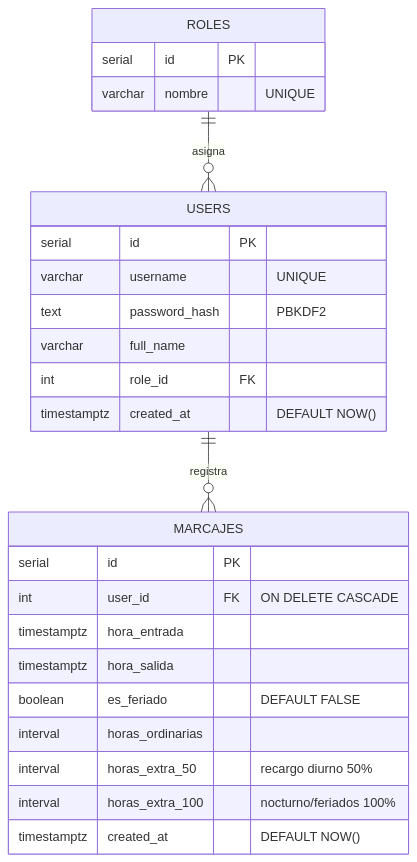
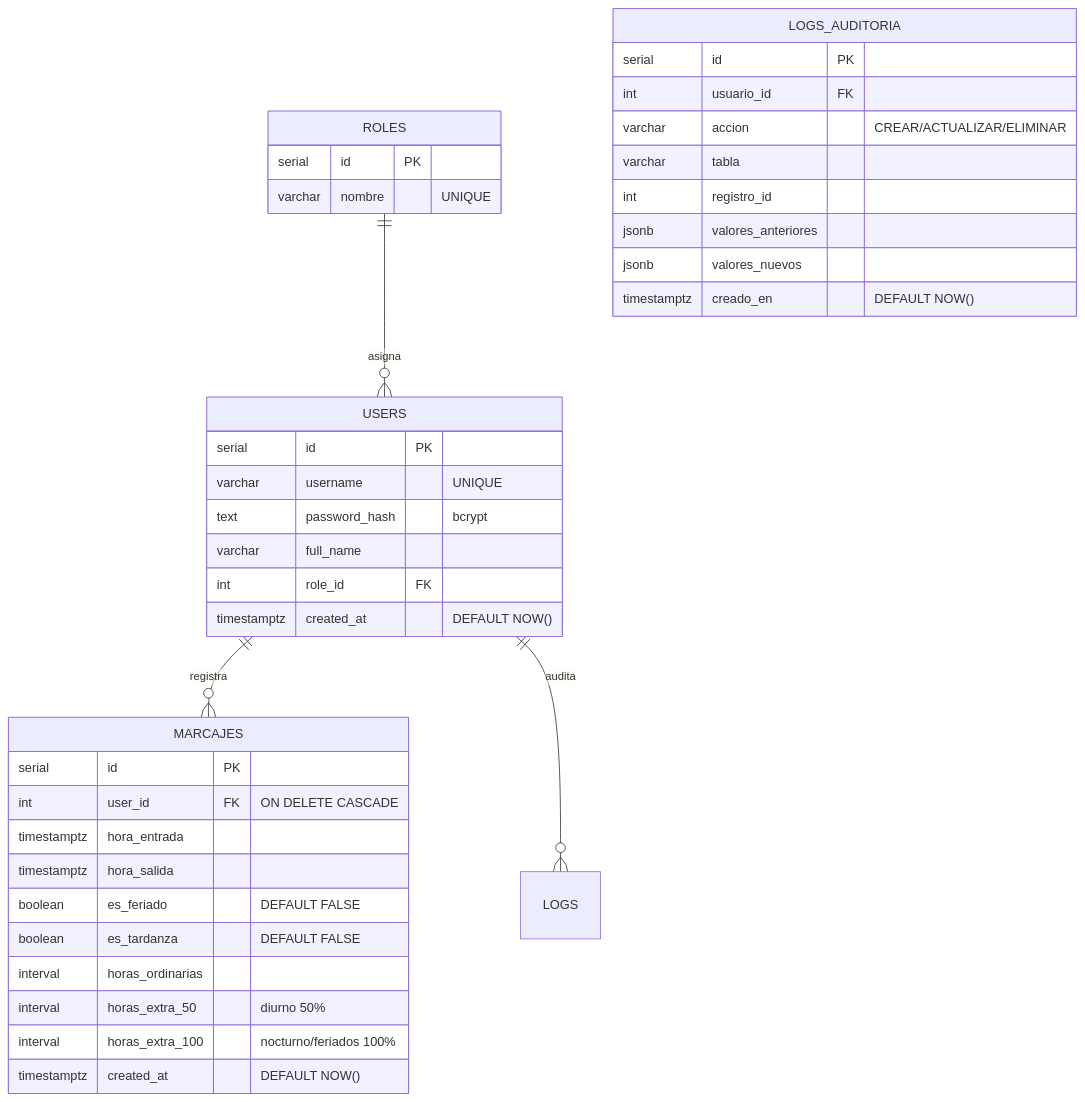
The diagram in Sistema de Marcacion/Módulo de Gestión de Usuarios.md (nandres/sistema-marcacion-empresarial), drawn with Mermaid before and after one commit. The commit also changed other lines of this file, not shown here.

Commit message:
docs(users): nota Módulo de Gestión de Usuarios con ER completo, bcrypt y bloque de auditoría

````diff
--- a/Sistema de Marcacion/Módulo de Gestión de Usuarios.md
+++ b/Sistema de Marcacion/Módulo de Gestión de Usuarios.md
@@ -7,31 +7,44 @@
 ```mermaid
 erDiagram
     ROLES ||--o{ USERS : "asigna"
     USERS ||--o{ MARCAJES : "registra"
+    USERS ||--o{ LOGS : "audita"
 
     ROLES {
         serial id PK
         varchar nombre "UNIQUE"
     }
 
     USERS {
         serial id PK
         varchar username "UNIQUE"
-        text password_hash "PBKDF2"
+        text password_hash "bcrypt"
         varchar full_name
         int role_id FK
         timestamptz created_at "DEFAULT NOW()"
     }
 
     MARCAJES {
         serial id PK
         int user_id FK "ON DELETE CASCADE"
         timestamptz hora_entrada
         timestamptz hora_salida
         boolean es_feriado "DEFAULT FALSE"
+        boolean es_tardanza "DEFAULT FALSE"
         interval horas_ordinarias
-        interval horas_extra_50 "recargo diurno 50%"
+        interval horas_extra_50 "diurno 50%"
         interval horas_extra_100 "nocturno/feriados 100%"
         timestamptz created_at "DEFAULT NOW()"
     }
+
+    LOGS_AUDITORIA {
+        serial id PK
+        int usuario_id FK
+        varchar accion "CREAR/ACTUALIZAR/ELIMINAR"
+        varchar tabla
+        int registro_id
+        jsonb valores_anteriores
+        jsonb valores_nuevos
+        timestamptz creado_en "DEFAULT NOW()"
+    }
 ```
````
